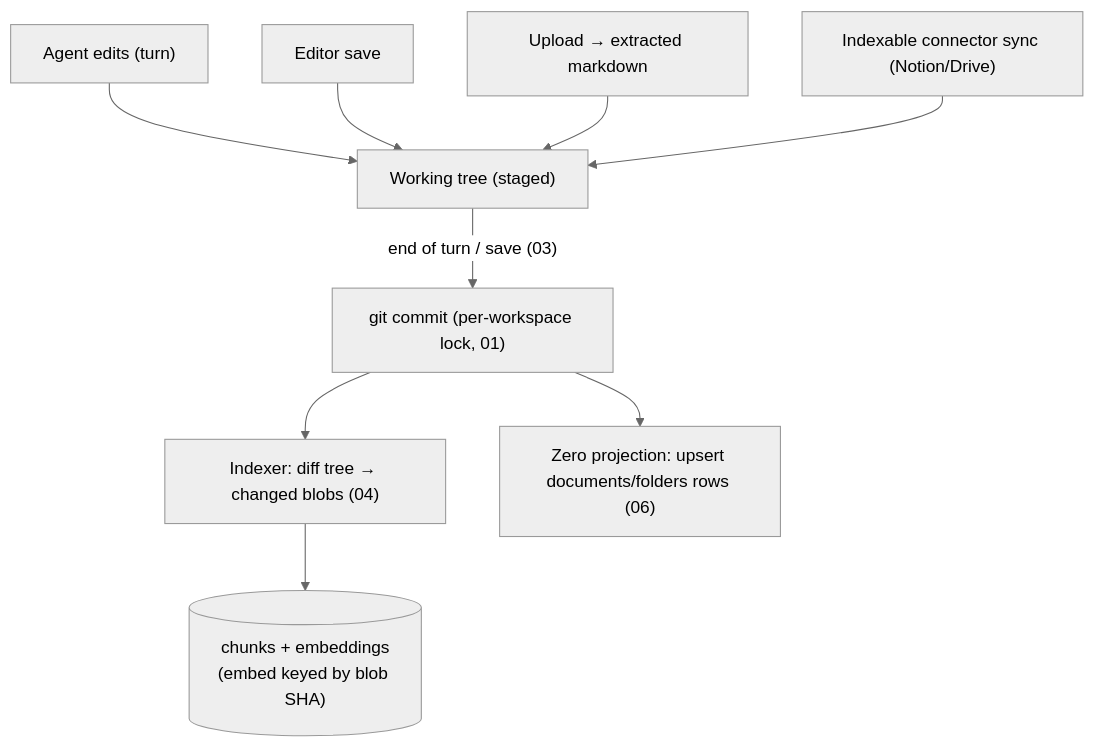
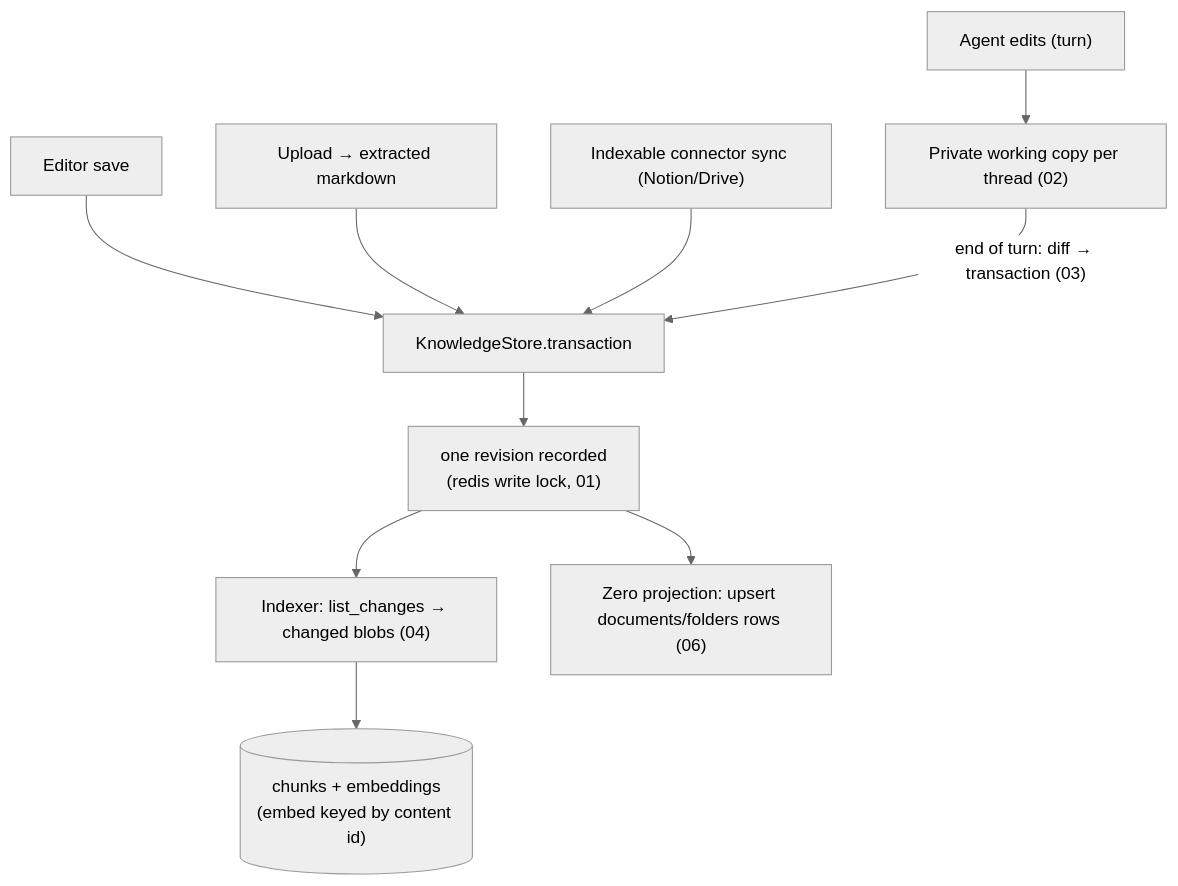
Before and after one commit to MODSetter/SurfSense: the fourth of 9 diagrams in plans/git-native-kb/00b-diagrams.md, drawn with Mermaid (neutral theme). The commit also changed other lines of this file and 4 other files, not shown here.

Commit message:
plans: system diagrams, engine vocabulary, and phase 2 status

````diff
--- a/plans/git-native-kb/00b-diagrams.md
+++ b/plans/git-native-kb/00b-diagrams.md
@@ -28,11 +97,12 @@
 ```mermaid
 flowchart TD
-  AG["Agent edits (turn)"] --> WT["Working tree (staged)"]
-  ED["Editor save"] --> WT
-  UP["Upload → extracted markdown"] --> WT
-  NOT["Indexable connector sync (Notion/Drive)"] --> WT
-  WT -->|"end of turn / save (03)"| C["git commit (per-workspace lock, 01)"]
-  C --> IDX["Indexer: diff tree → changed blobs (04)"]
-  IDX --> PG[("chunks + embeddings\n(embed keyed by blob SHA)")]
+  AG["Agent edits (turn)"] --> WC["Private working copy per thread (02)"]
+  ED["Editor save"] --> TXD["KnowledgeStore.transaction"]
+  UP["Upload → extracted markdown"] --> TXD
+  NOT["Indexable connector sync (Notion/Drive)"] --> TXD
+  WC -->|"end of turn: diff → transaction (03)"| TXD
+  TXD --> C["one revision recorded\n(redis write lock, 01)"]
+  C --> IDX["Indexer: list_changes → changed blobs (04)"]
+  IDX --> PG[("chunks + embeddings\n(embed keyed by content id)")]
   C --> ZP["Zero projection: upsert documents/folders rows (06)"]
 ```
````
